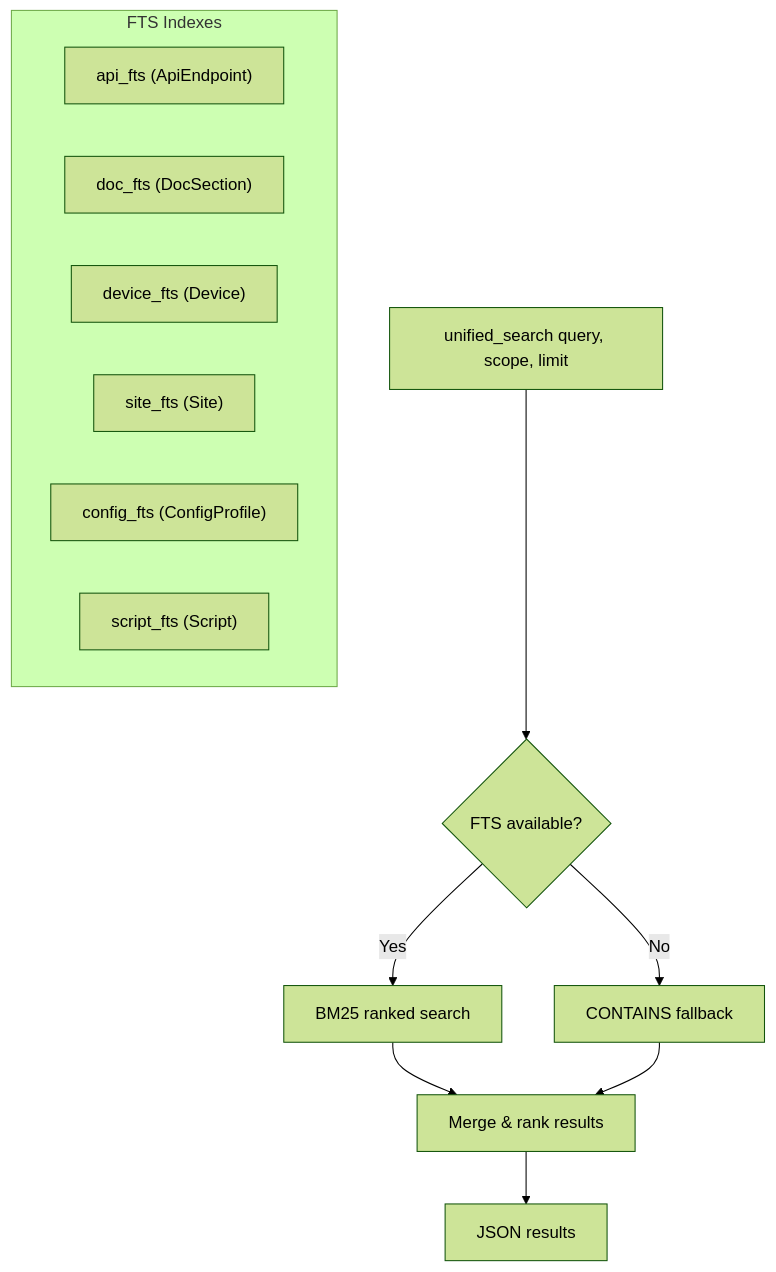
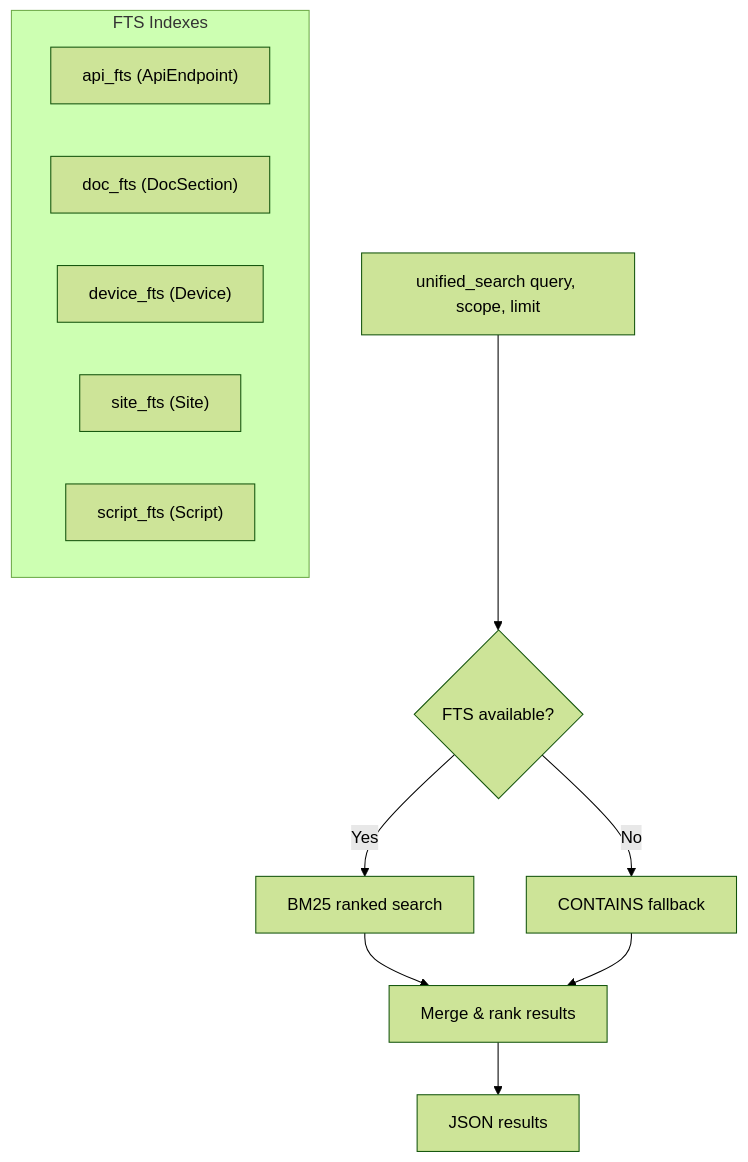
The second of 2 diagrams in README.md (tbelz/hpe-networking-central-mcp), drawn with Mermaid (forest theme) before and after one commit. The commit also changed other lines of this file and 21 other files, not shown here.

````diff
--- a/README.md
+++ b/README.md
@@ -100,18 +92,17 @@
 ```mermaid
 graph TD
     Q[unified_search query, scope, limit] --> FTS{FTS available?}
     FTS -->|Yes| BM25[BM25 ranked search]
     FTS -->|No| CONTAINS[CONTAINS fallback]
     BM25 --> Merge[Merge & rank results]
     CONTAINS --> Merge
     Merge --> Results[JSON results]
 
     subgraph "FTS Indexes"
         api_fts["api_fts (ApiEndpoint)"]
         doc_fts["doc_fts (DocSection)"]
         device_fts["device_fts (Device)"]
         site_fts["site_fts (Site)"]
-        config_fts["config_fts (ConfigProfile)"]
         script_fts["script_fts (Script)"]
     end
 ```
````
